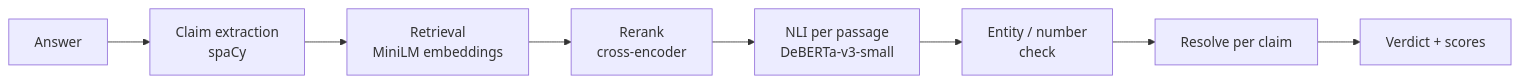
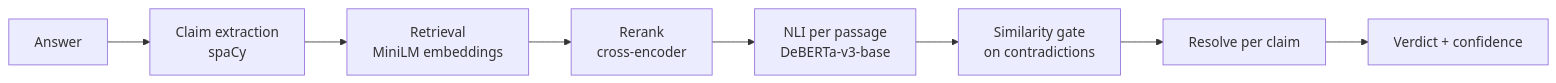
The diagram in README.md (Devarsh-04/halluci-guard-nlp), drawn with Mermaid before and after one commit. The commit also changed other lines of this file and 3 other files, not shown here.

First line of the commit message:
Use the base NLI model and document all new evaluation results

````diff
--- a/README.md
+++ b/README.md
@@ -22,10 +22,10 @@
 ```mermaid
 flowchart LR
     A[Answer] --> B[Claim extraction<br/>spaCy]
     B --> C[Retrieval<br/>MiniLM embeddings]
     C --> D[Rerank<br/>cross-encoder]
-    D --> E[NLI per passage<br/>DeBERTa-v3-small]
-    E --> F[Entity / number<br/>check]
+    D --> E[NLI per passage<br/>DeBERTa-v3-base]
+    E --> F[Similarity gate<br/>on contradictions]
     F --> G[Resolve per claim]
-    G --> H[Verdict + scores]
+    G --> H[Verdict + confidence]
 ```
````
